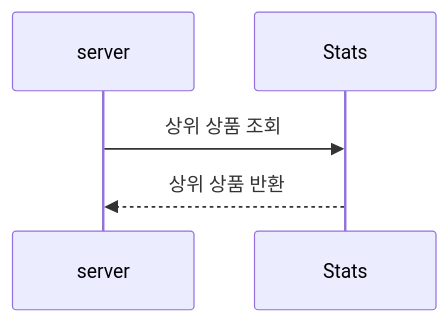
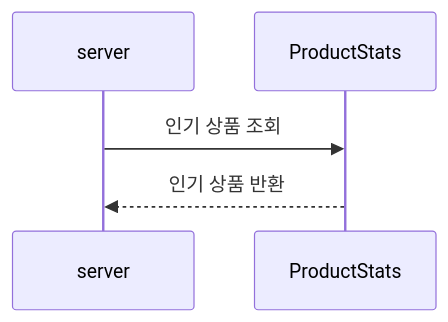
One commit to alert-kim/e-commerce changed the third of 3 diagrams in docs/specs/product-stat.md. Above: the diagram before and after it, drawn with Mermaid. The commit also changed other lines of this file and 14 other files, not shown here.

````diff
--- a/docs/specs/product-stat.md
+++ b/docs/specs/product-stat.md
@@ -30,8 +48,8 @@
 ```mermaid
 sequenceDiagram
     participant server
-    participant Stats
+    participant ProductStats
 
-    server->>Stats: 상위 상품 조회
-    Stats-->>server: 상위 상품 반환
+    server->>ProductStats: 인기 상품 조회
+    ProductStats-->>server: 인기 상품 반환
 ```
````
